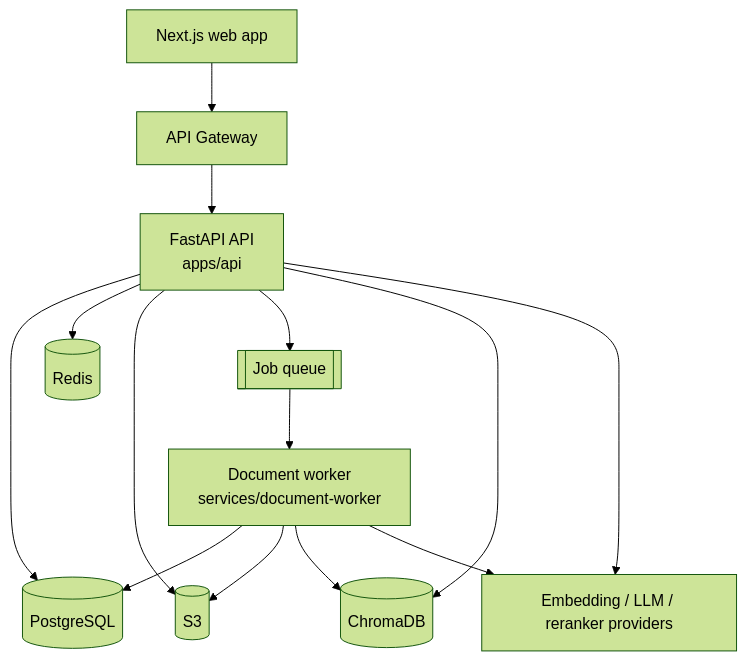
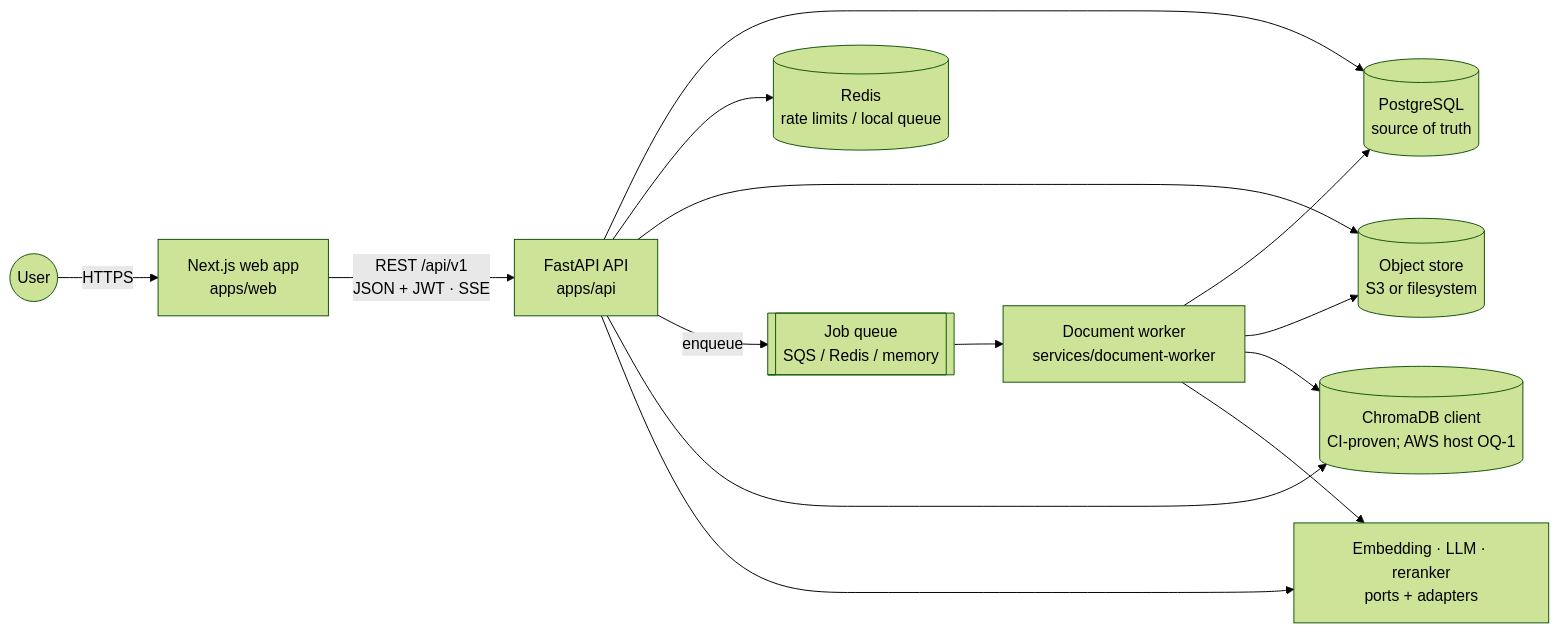
One commit to n0ah-n0wa/DocuLens changed the first of 3 diagrams in README.md. Above: the diagram before and after it, drawn with Mermaid (forest theme). The commit also changed other lines of this file and 62 other files, not shown here.

````diff
--- a/README.md
+++ b/README.md
@@ -15,16 +143,16 @@
 ```mermaid
-flowchart TB
-    Web[Next.js web app] --> APIGW[API Gateway]
-    APIGW --> API[FastAPI API<br/>apps/api]
-    API --> PG[(PostgreSQL)]
-    API --> Redis[(Redis)]
-    API --> S3[(S3)]
-    API --> Queue[[Job queue]]
-    Queue --> Worker[Document worker<br/>services/document-worker]
+flowchart LR
+    User((User)) -->|HTTPS| Web[Next.js web app<br/>apps/web]
+    Web -->|REST /api/v1<br/>JSON + JWT · SSE| API[FastAPI API<br/>apps/api]
+    API --> PG[(PostgreSQL<br/>source of truth)]
+    API --> Redis[(Redis<br/>rate limits / local queue)]
+    API --> Store[(Object store<br/>S3 or filesystem)]
+    API -->|enqueue| Q[[Job queue<br/>SQS / Redis / memory]]
+    Q --> Worker[Document worker<br/>services/document-worker]
     Worker --> PG
-    Worker --> S3
-    Worker --> Chroma[(ChromaDB)]
+    Worker --> Store
+    Worker --> Chroma[(ChromaDB client<br/>CI-proven; AWS host OQ-1)]
     API --> Chroma
-    API --> AI[Embedding / LLM / reranker providers]
+    API --> AI[Embedding · LLM · reranker<br/>ports + adapters]
     Worker --> AI
 ```
````
